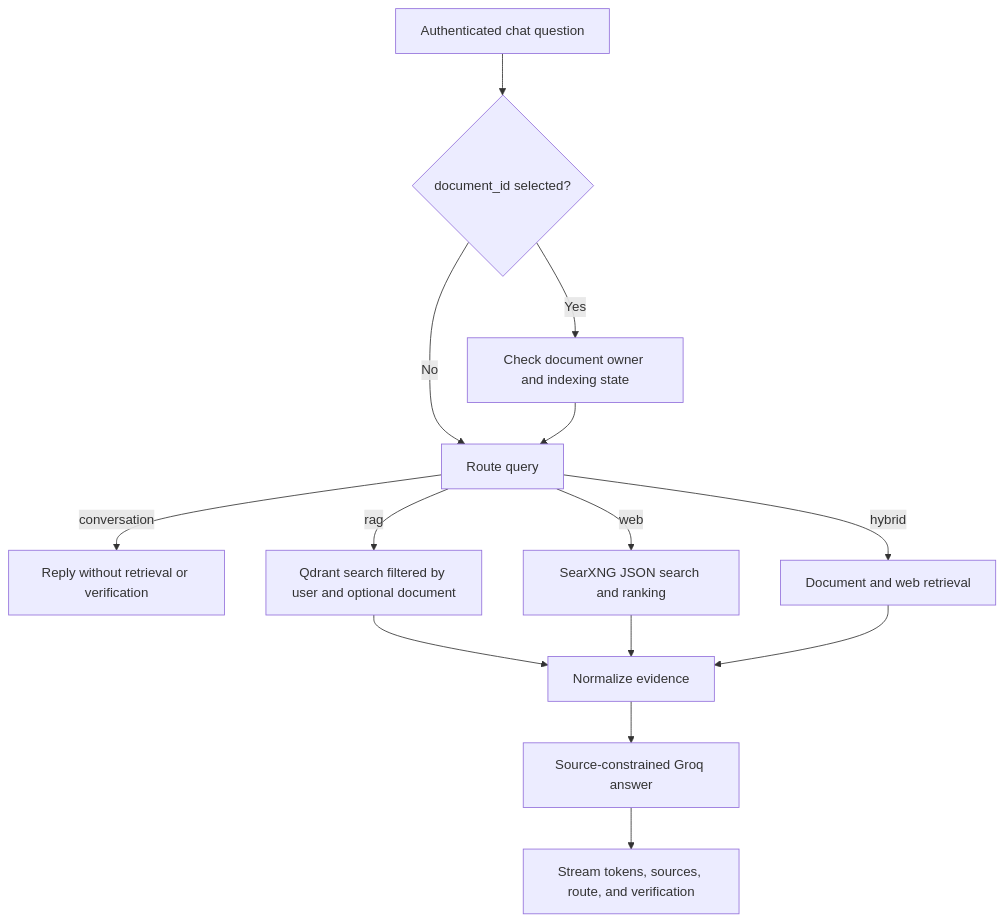
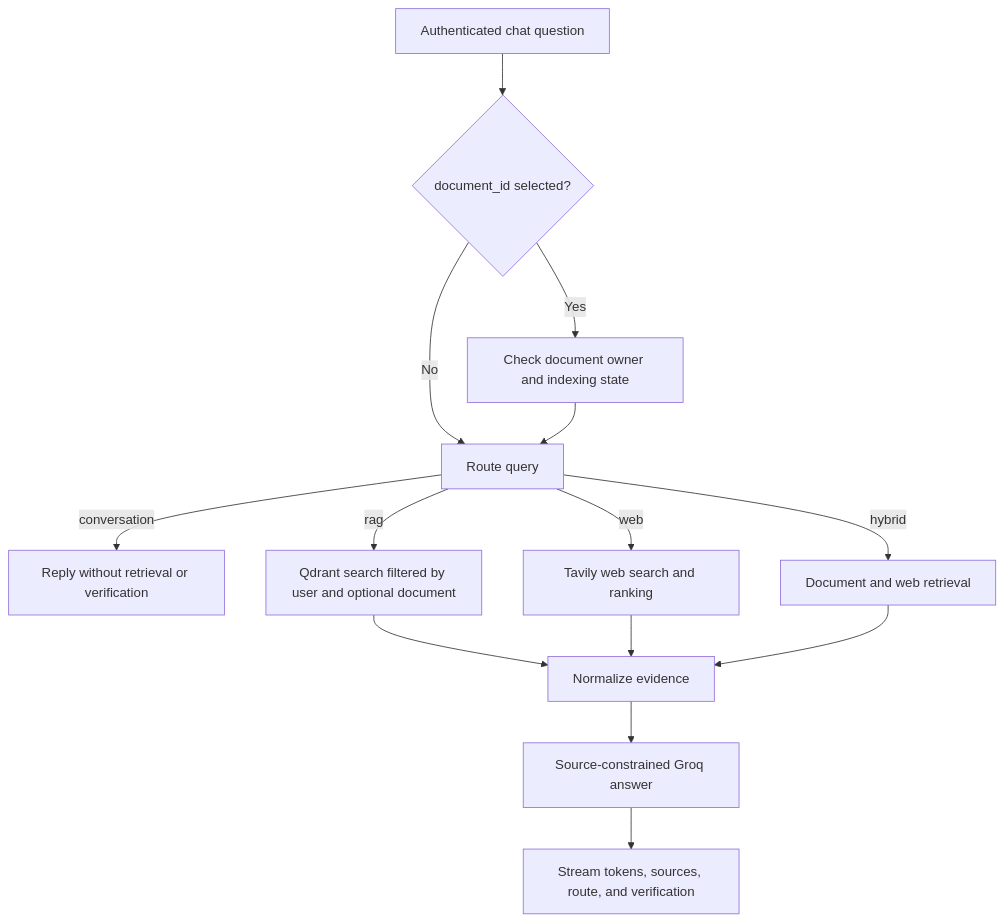
One commit to akhhilreddy/AskLaw changed the second of 2 diagrams in README.md. Above: the diagram before and after it, drawn with Mermaid. The commit also changed other lines of this file, not shown here.

Commit message:
docs: update deployed status for Tavily and Before You Sign

````diff
--- a/README.md
+++ b/README.md
@@ -96,16 +148,16 @@
 ```mermaid
 flowchart TD
     Q[Authenticated chat question] --> D{document_id selected?}
     D -->|Yes| O[Check document owner and indexing state]
     D -->|No| R[Route query]
     O --> R
     R -->|conversation| C[Reply without retrieval or verification]
     R -->|rag| V[Qdrant search filtered by user and optional document]
-    R -->|web| W[SearXNG JSON search and ranking]
+    R -->|web| W[Tavily web search and ranking]
     R -->|hybrid| H[Document and web retrieval]
     V --> E[Normalize evidence]
     W --> E
     H --> E
     E --> G[Source-constrained Groq answer]
     G --> S[Stream tokens, sources, route, and verification]
 ```
````
